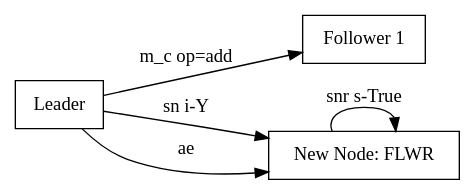
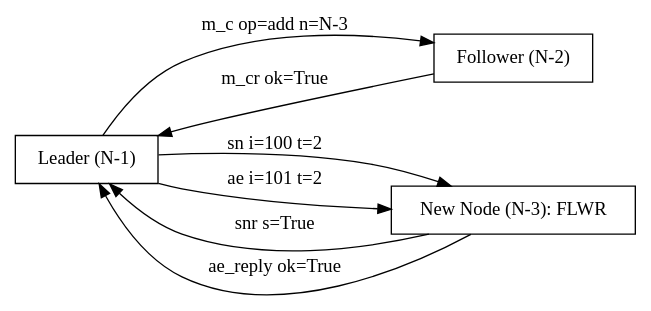
Before and after one commit to dlparker/raftengine: the diagram in docs/source/_static/diagrams/test_snapshot_3.dot, drawn with Graphviz. The commit also changed 49 other files, not shown here.

```diff
--- a/docs/source/_static/diagrams/test_snapshot_3.dot
+++ b/docs/source/_static/diagrams/test_snapshot_3.dot
@@ -1,11 +1,13 @@
 digraph test_snapshot_3 {
     rankdir=LR;
     node [shape=box];
-    Leader [label="Leader"];
-    Follower1 [label="Follower 1"];
-    NewNode [label="New Node: FLWR"];
-    Leader -> Follower1 [label="m_c op=add"];
-    Leader -> NewNode [label="sn i-Y"];
-    NewNode -> NewNode [label="snr s-True"];
-    Leader -> NewNode [label="ae"];
+    Leader [label="Leader (N-1)"];
+    Follower1 [label="Follower (N-2)"];
+    NewNode [label="New Node (N-3): FLWR"];
+    Leader -> Follower1 [label="m_c op=add n=N-3"];
+    Follower1 -> Leader [label="m_cr ok=True"];
+    Leader -> NewNode [label="sn i=100 t=2"];
+    NewNode -> Leader [label="snr s=True"];
+    Leader -> NewNode [label="ae i=101 t=2"];
+    NewNode -> Leader [label="ae_reply ok=True"];
 }
```
